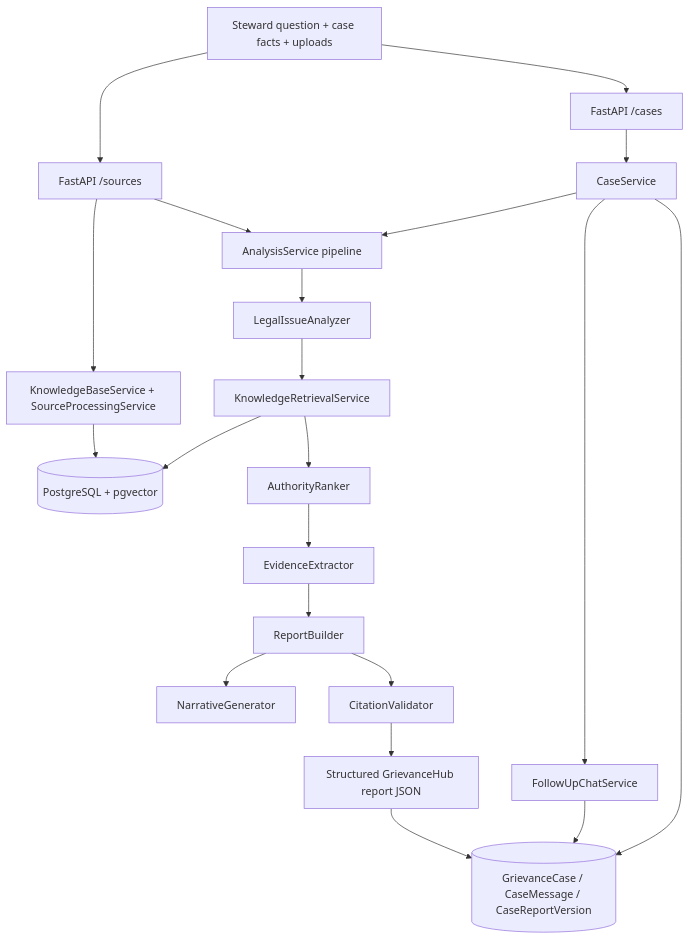
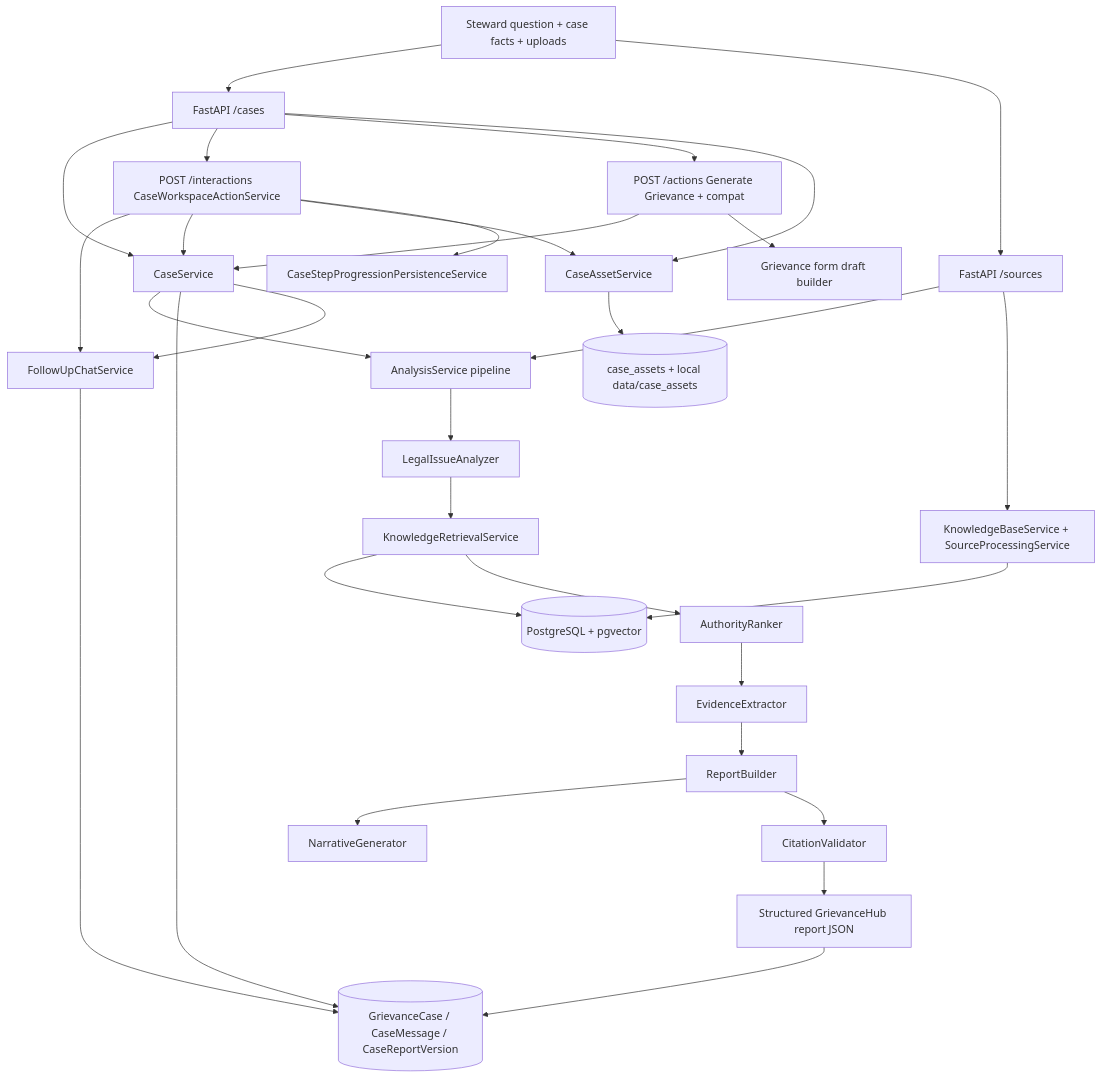
One commit to tlollar28/GrievanceHub changed the diagram in PROJECT_STATE.md. Above: the diagram before and after it, drawn with Mermaid. The commit also changed other lines of this file and 20 other files, not shown here.

Commit message:
feat: add AI-first case interactions and case asset foundation

````diff
--- a/PROJECT_STATE.md
+++ b/PROJECT_STATE.md
@@ -7,23 +7,33 @@
 ```mermaid
 flowchart TD
     User[Steward question + case facts + uploads] --> CasesAPI[FastAPI /cases]
     User --> SourcesAPI[FastAPI /sources]
     CasesAPI --> CaseSvc[CaseService]
+    CasesAPI --> Interactions[POST /interactions CaseWorkspaceActionService]
+    CasesAPI --> WorkspaceActions[POST /actions Generate Grievance + compat]
+    CasesAPI --> CaseAssets[CaseAssetService]
+    Interactions --> FollowUp[FollowUpChatService]
+    Interactions --> CaseSvc
+    Interactions --> CaseAssets
+    Interactions --> StepPersist[CaseStepProgressionPersistenceService]
+    WorkspaceActions --> CaseSvc
+    WorkspaceActions --> DraftBuilder[Grievance form draft builder]
     CaseSvc --> Analysis[AnalysisService pipeline]
+    CaseAssets --> CaseAssetDB[(case_assets + local data/case_assets)]
     SourcesAPI --> Analysis
     Analysis --> LIA[LegalIssueAnalyzer]
     LIA --> KRS[KnowledgeRetrievalService]
     KRS --> PG[(PostgreSQL + pgvector)]
     KRS --> AR[AuthorityRanker]
     AR --> EE[EvidenceExtractor]
     EE --> RB[ReportBuilder]
     RB --> NG[NarrativeGenerator]
     RB --> CV[CitationValidator]
     CV --> ReportJSON[Structured GrievanceHub report JSON]
     CaseSvc --> CaseDB[(GrievanceCase / CaseMessage / CaseReportVersion)]
-    CaseSvc --> FollowUp[FollowUpChatService]
+    CaseSvc --> FollowUp
     FollowUp --> CaseDB
     ReportJSON --> CaseDB
     SourcesAPI --> KB[KnowledgeBaseService + SourceProcessingService]
     KB --> PG
 ```
````
